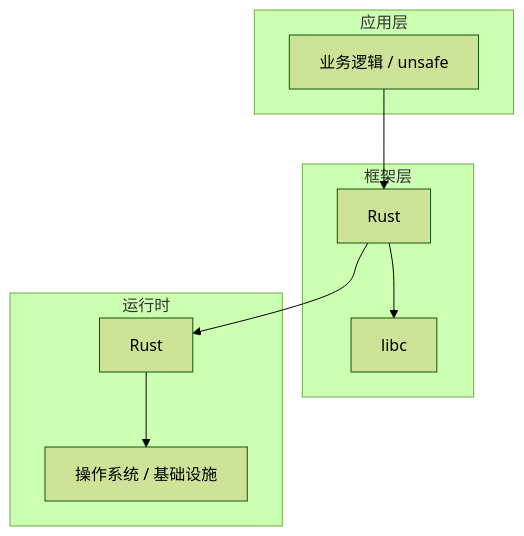
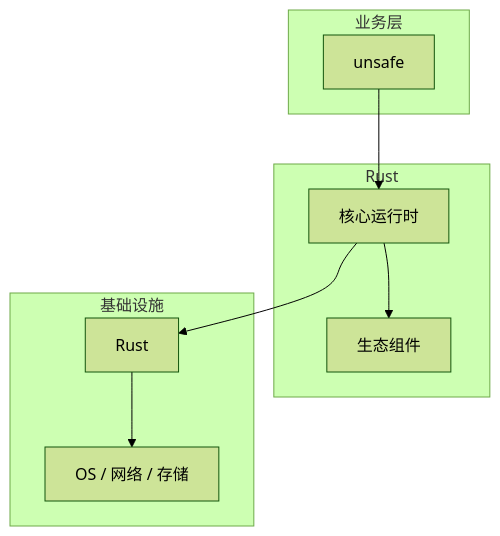
Before and after one commit to yanggan2015/knowledge-json-v2: the diagram in articles/Rust系统编程/chapters/021-unsafe核心概念与原理.md, drawn with Mermaid (forest theme). The commit also changed other lines of this file and 10127 other files, not shown here.

````diff
--- a/articles/Rust系统编程/chapters/021-unsafe核心概念与原理.md
+++ b/articles/Rust系统编程/chapters/021-unsafe核心概念与原理.md
@@ -45,18 +30,18 @@
 ```mermaid
 graph TB
-    subgraph 应用层
-        A[业务逻辑 / unsafe]
+    subgraph 业务层
+        A[unsafe]
     end
-    subgraph 框架层
-        B[Rust]
-        C[libc]
+    subgraph Rust
+        B[核心运行时]
+        C[生态组件]
     end
-    subgraph 运行时
+    subgraph 基础设施
         D[Rust]
-        E[操作系统 / 基础设施]
+        E[OS / 网络 / 存储]
     end
     A --> B
     B --> C
     B --> D
     D --> E
 ```
````
